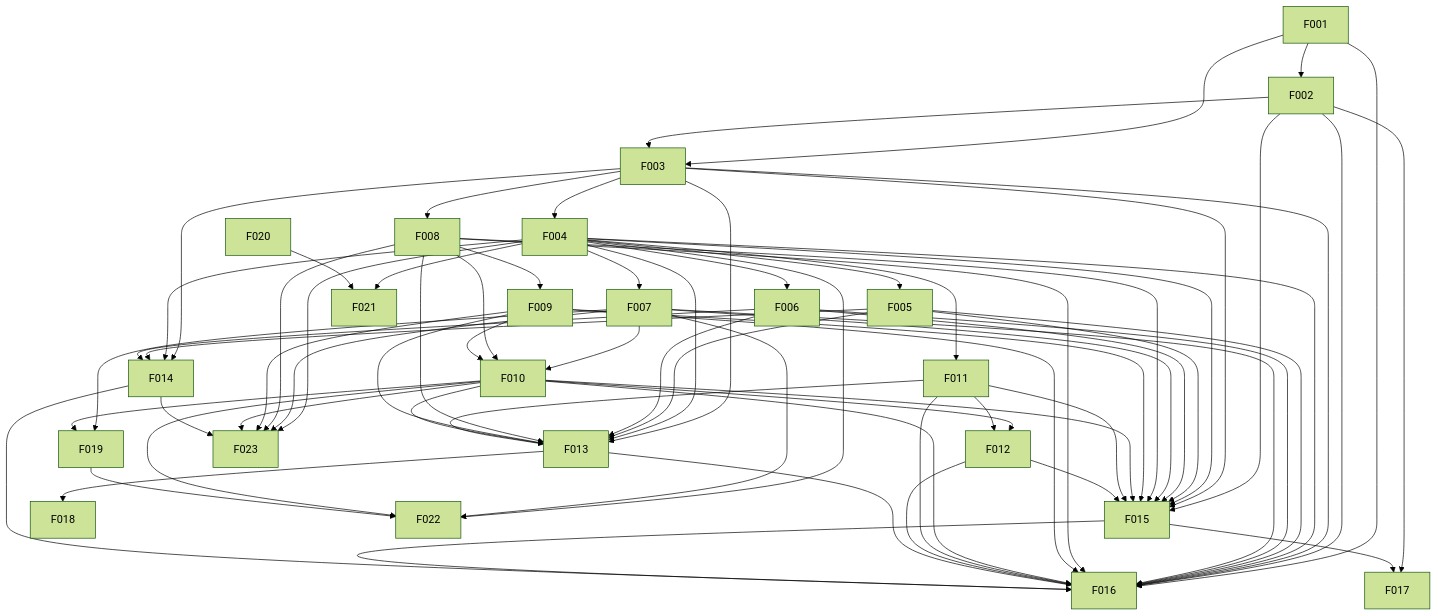
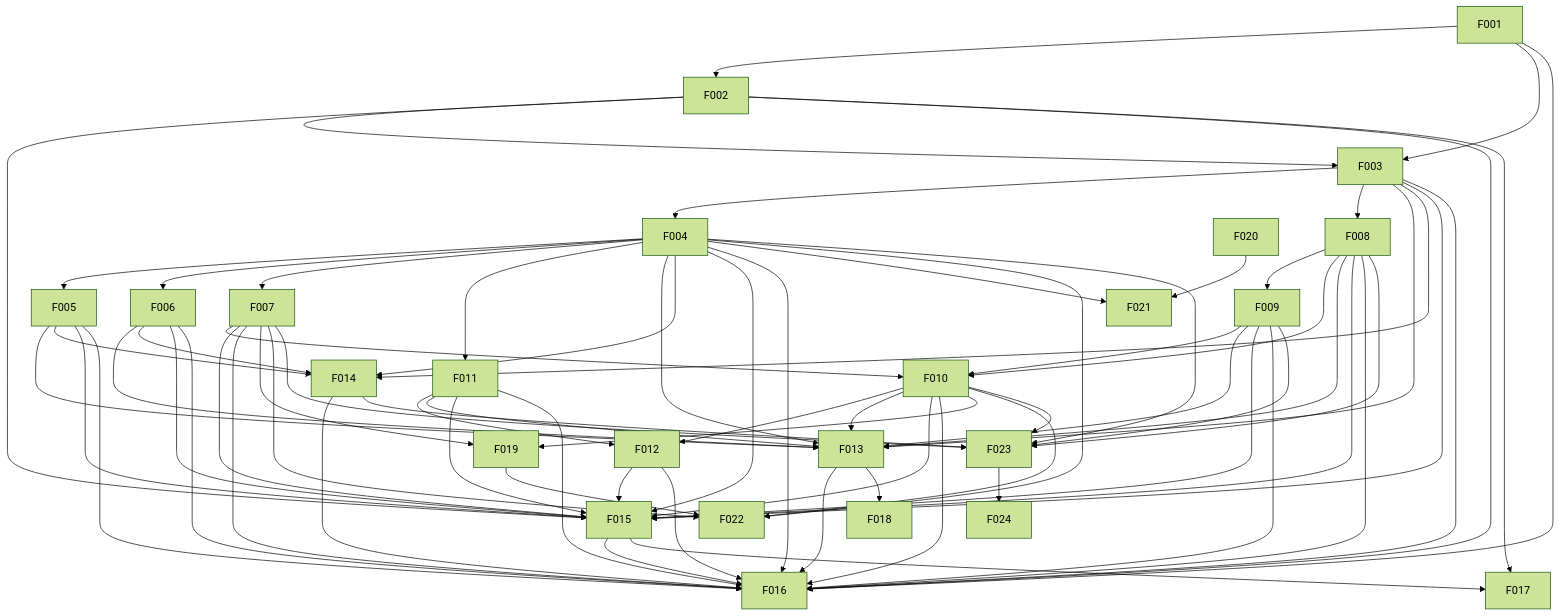
Before and after one commit to 47oo/csm: the diagram in docs/project/dependency-map.md, drawn with Mermaid (forest theme). The commit also changed other lines of this file and 5 other files, not shown here.

````diff
--- a/docs/project/dependency-map.md
+++ b/docs/project/dependency-map.md
@@ -31,6 +31,7 @@
     n20["F021"]
     n21["F022"]
     n22["F023"]
+    n23["F024"]
     n0 --> n1
     n0 --> n2
     n1 --> n2
@@ -101,4 +102,5 @@
     n8 --> n22
     n9 --> n22
     n13 --> n22
+    n22 --> n23
 ```
````
